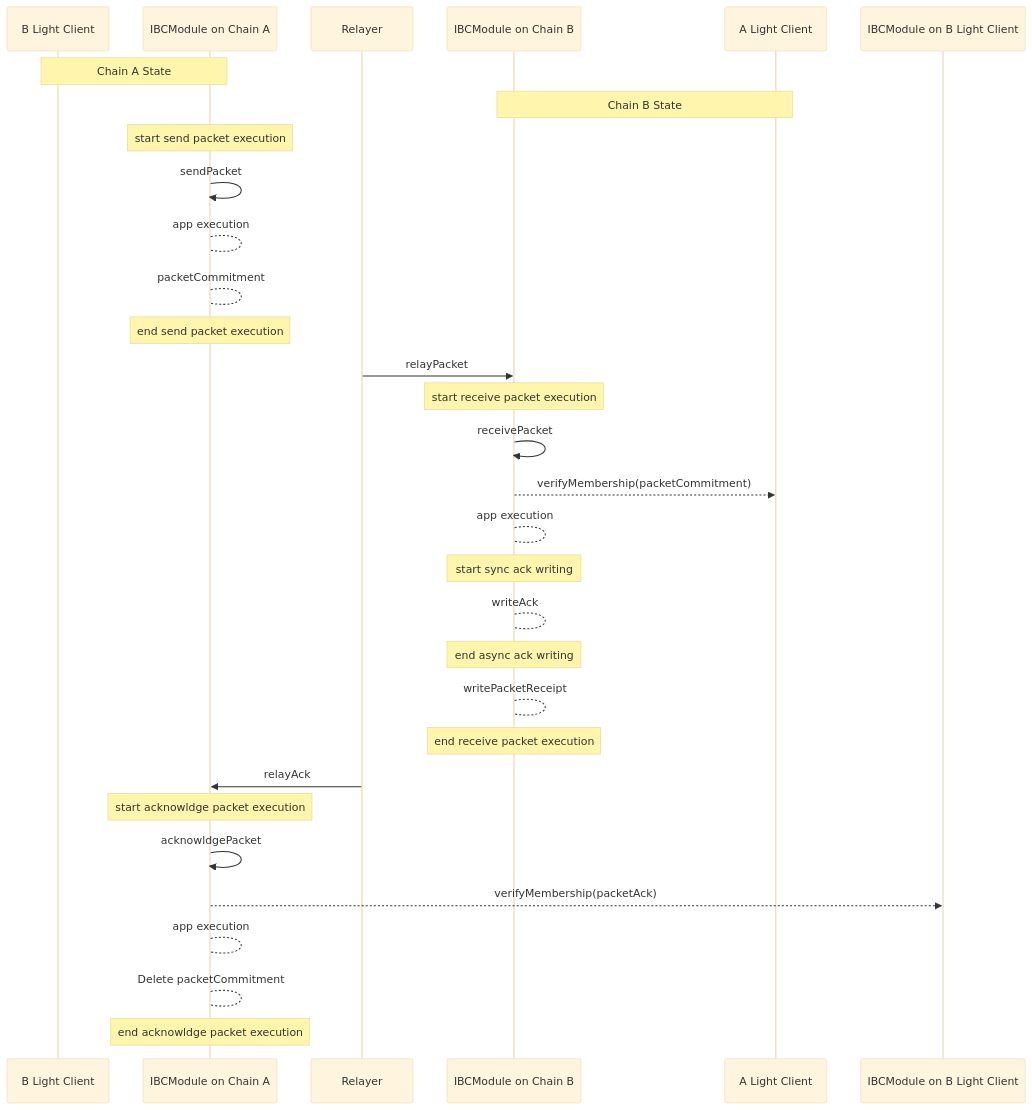
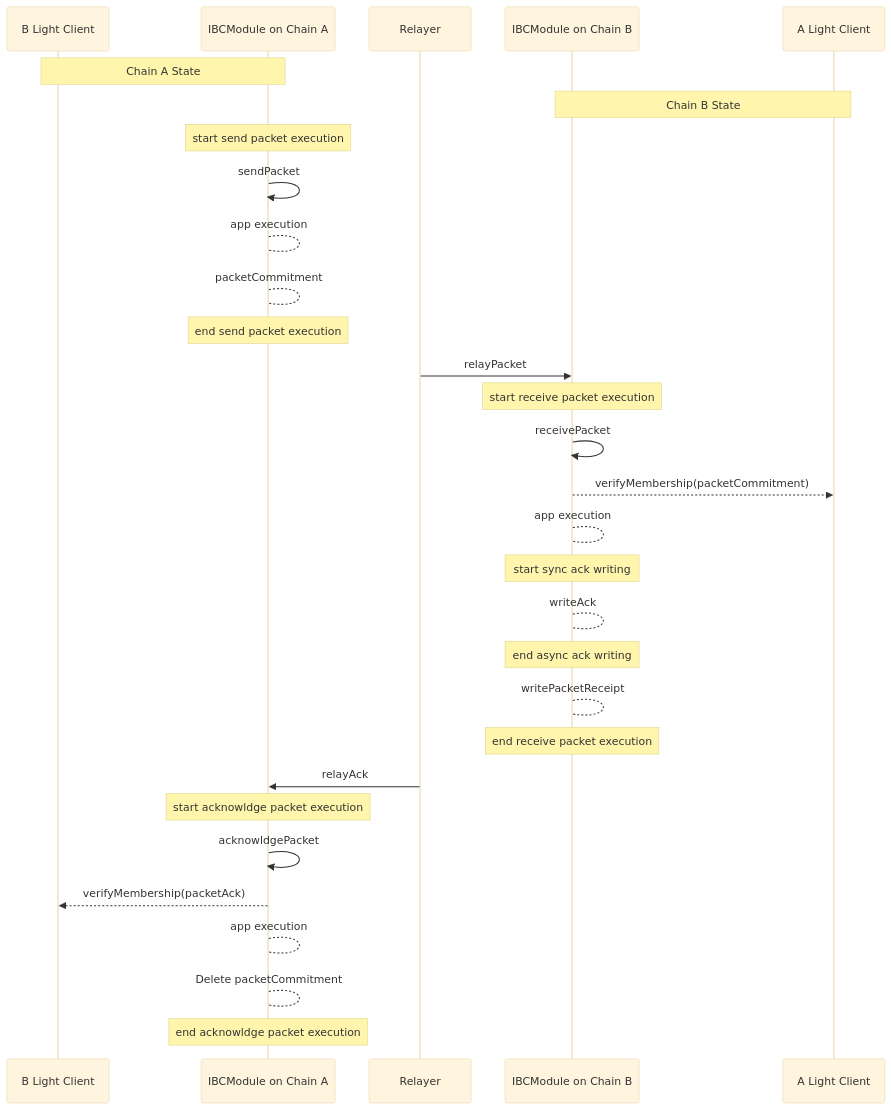
One commit to cosmos/ibc changed the third of 5 diagrams in spec/core/v2/ics-004-channel-and-packet-semantics/README.md. Above: the diagram before and after it, drawn with Mermaid (base theme). The commit also changed other lines of this file, not shown here.

````diff
--- a/spec/core/v2/ics-004-channel-and-packet-semantics/README.md
+++ b/spec/core/v2/ics-004-channel-and-packet-semantics/README.md
@@ -414,33 +414,33 @@
 ```mermaid
 sequenceDiagram
     participant B Light Client 
     participant IBCModule on Chain A    
     participant Relayer 
     participant IBCModule on Chain B
     participant A Light Client
     Note over IBCModule on Chain A, B Light Client: Chain A State
     Note over IBCModule on Chain B, A Light Client: Chain B State
     Note over IBCModule on Chain A: start send packet execution
     IBCModule on Chain A ->> IBCModule on Chain A : sendPacket
     IBCModule on Chain A --> IBCModule on Chain A : app execution
     IBCModule on Chain A --> IBCModule on Chain A : packetCommitment 
     Note over IBCModule on Chain A: end send packet execution
     Relayer ->> IBCModule on Chain B: relayPacket
     Note over IBCModule on Chain B: start receive packet execution
     IBCModule on Chain B ->> IBCModule on Chain B: receivePacket
     IBCModule on Chain B -->> A Light Client: verifyMembership(packetCommitment)
     IBCModule on Chain B --> IBCModule on Chain B : app execution
     Note over IBCModule on Chain B: start sync ack writing
     IBCModule on Chain B --> IBCModule on Chain B: writeAck
     Note over IBCModule on Chain B: end async ack writing
     IBCModule on Chain B --> IBCModule on Chain B: writePacketReceipt
     Note over IBCModule on Chain B: end receive packet execution
     Relayer ->> IBCModule on Chain A: relayAck
     Note over IBCModule on Chain A: start acknowldge packet execution
     IBCModule on Chain A ->> IBCModule on Chain A : acknowldgePacket
-    IBCModule on Chain A -->> IBCModule on B Light Client: verifyMembership(packetAck)
+    IBCModule on Chain A -->> B Light Client: verifyMembership(packetAck)
     IBCModule on Chain A --> IBCModule on Chain A : app execution
     IBCModule on Chain A --> IBCModule on Chain A : Delete packetCommitment
     Note over IBCModule on Chain A: end acknowldge packet execution
      
 ```
````
